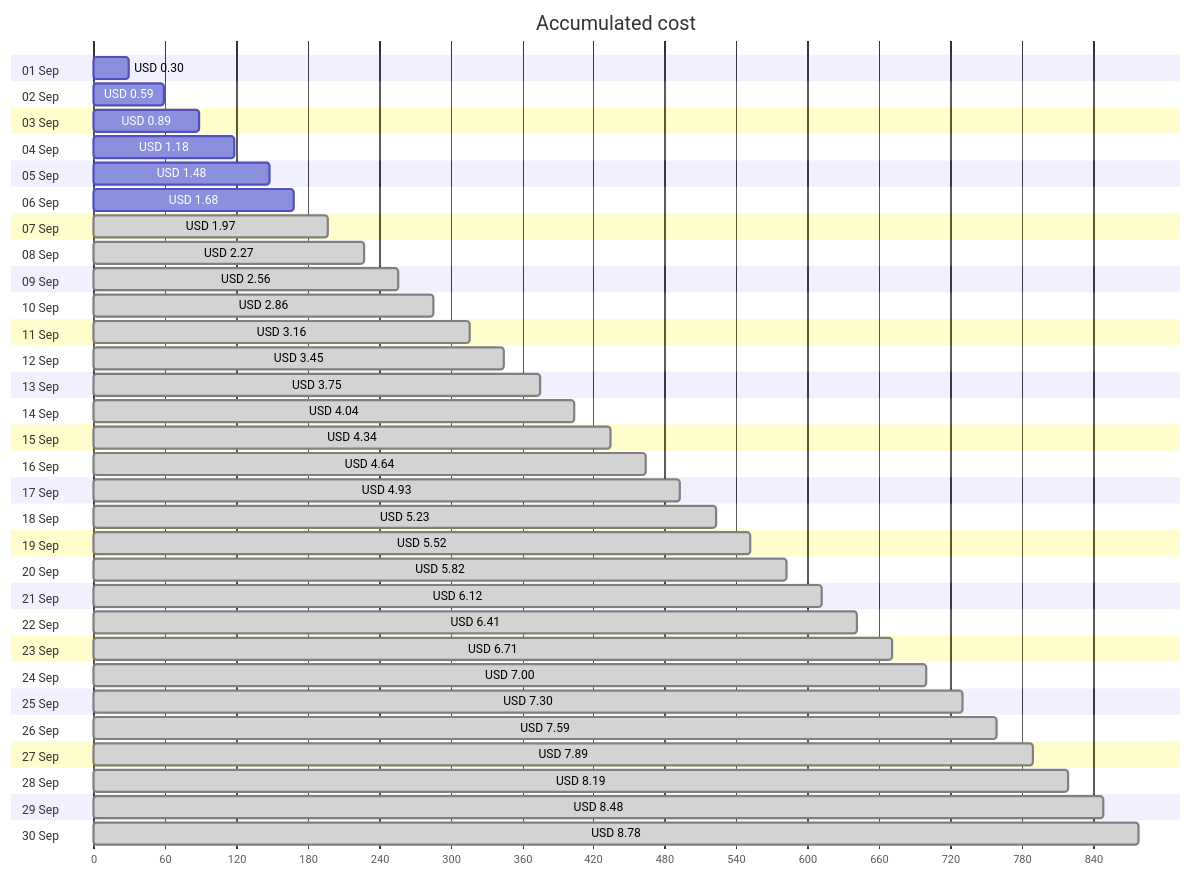
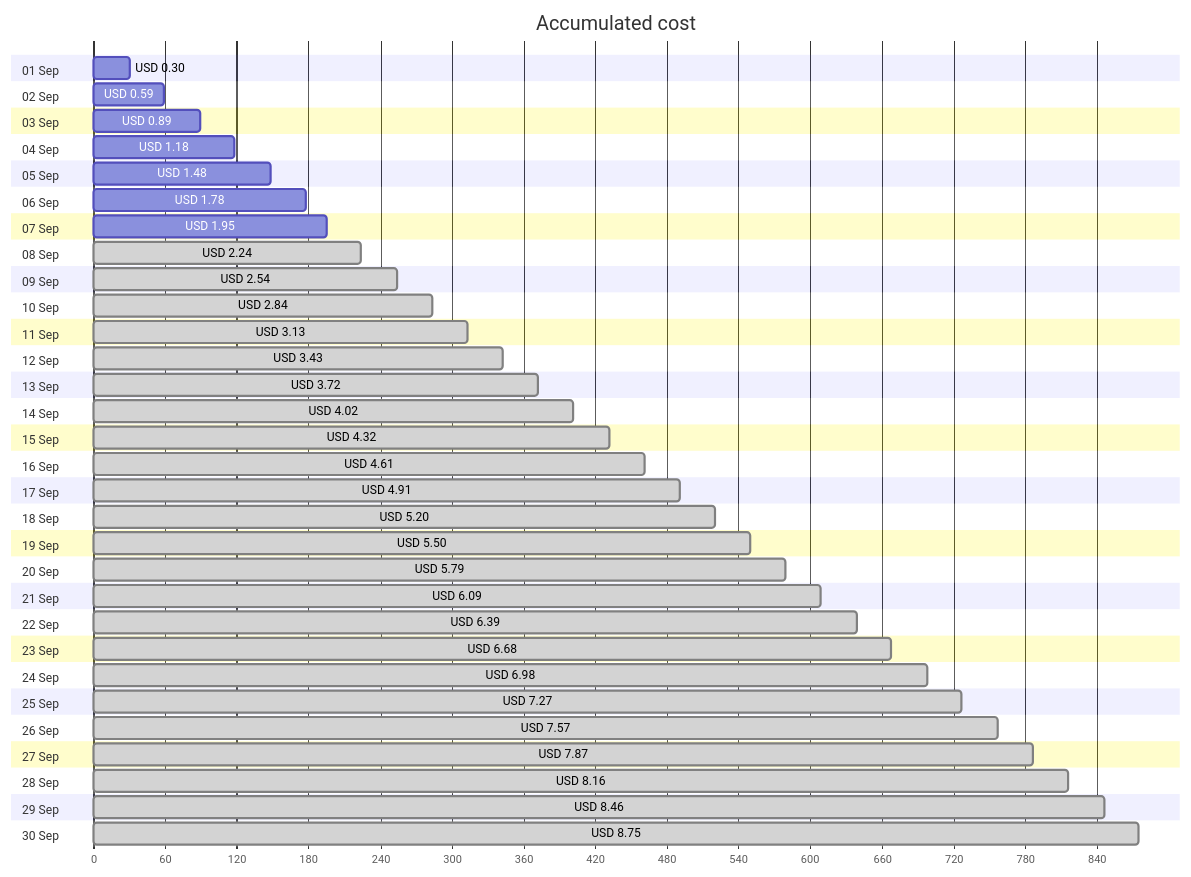
Before and after one commit to jpfulton/azure-personal-reports: the first of 4 diagrams in cost-reports/personal-site/personal-site-preview.md, drawn with Mermaid. The commit also changed other lines of this file and 6 other files, not shown here.

````diff
--- a/cost-reports/personal-site/personal-site-preview.md
+++ b/cost-reports/personal-site/personal-site-preview.md
@@ -20,66 +20,66 @@
 ```mermaid
 gantt
    title Accumulated cost
    dateFormat  X
    axisFormat %s
    section 01 Sep
    USD 0.30 :0, 30
    section 02 Sep
    USD 0.59 :0, 59
    section 03 Sep
    USD 0.89 :0, 89
    section 04 Sep
    USD 1.18 :0, 118
    section 05 Sep
    USD 1.48 :0, 148
    section 06 Sep
-   USD 1.68 :0, 168
+   USD 1.78 :0, 178
    section 07 Sep
-   USD 1.97 : done, 0, 197
+   USD 1.95 :0, 195
    section 08 Sep
-   USD 2.27 : done, 0, 227
+   USD 2.24 : done, 0, 224
    section 09 Sep
-   USD 2.56 : done, 0, 256
+   USD 2.54 : done, 0, 254
    section 10 Sep
-   USD 2.86 : done, 0, 286
+   USD 2.84 : done, 0, 284
    section 11 Sep
-   USD 3.16 : done, 0, 316
+   USD 3.13 : done, 0, 313
    section 12 Sep
-   USD 3.45 : done, 0, 345
+   USD 3.43 : done, 0, 343
    section 13 Sep
-   USD 3.75 : done, 0, 375
+   USD 3.72 : done, 0, 372
    section 14 Sep
-   USD 4.04 : done, 0, 404
+   USD 4.02 : done, 0, 402
    section 15 Sep
-   USD 4.34 : done, 0, 434
+   USD 4.32 : done, 0, 432
    section 16 Sep
-   USD 4.64 : done, 0, 464
+   USD 4.61 : done, 0, 461
    section 17 Sep
-   USD 4.93 : done, 0, 493
+   USD 4.91 : done, 0, 491
    section 18 Sep
-   USD 5.23 : done, 0, 523
+   USD 5.20 : done, 0, 520
    section 19 Sep
-   USD 5.52 : done, 0, 552
+   USD 5.50 : done, 0, 550
    section 20 Sep
-   USD 5.82 : done, 0, 582
+   USD 5.79 : done, 0, 579
    section 21 Sep
-   USD 6.12 : done, 0, 612
+   USD 6.09 : done, 0, 609
    section 22 Sep
-   USD 6.41 : done, 0, 641
+   USD 6.39 : done, 0, 639
    section 23 Sep
-   USD 6.71 : done, 0, 671
+   USD 6.68 : done, 0, 668
    section 24 Sep
-   USD 7.00 : done, 0, 700
+   USD 6.98 : done, 0, 698
    section 25 Sep
-   USD 7.30 : done, 0, 730
+   USD 7.27 : done, 0, 727
    section 26 Sep
-   USD 7.59 : done, 0, 759
+   USD 7.57 : done, 0, 757
    section 27 Sep
-   USD 7.89 : done, 0, 789
+   USD 7.87 : done, 0, 787
    section 28 Sep
-   USD 8.19 : done, 0, 819
+   USD 8.16 : done, 0, 816
    section 29 Sep
-   USD 8.48 : done, 0, 848
+   USD 8.46 : done, 0, 846
    section 30 Sep
-   USD 8.78 : done, 0, 878
+   USD 8.75 : done, 0, 875
 ```
````
